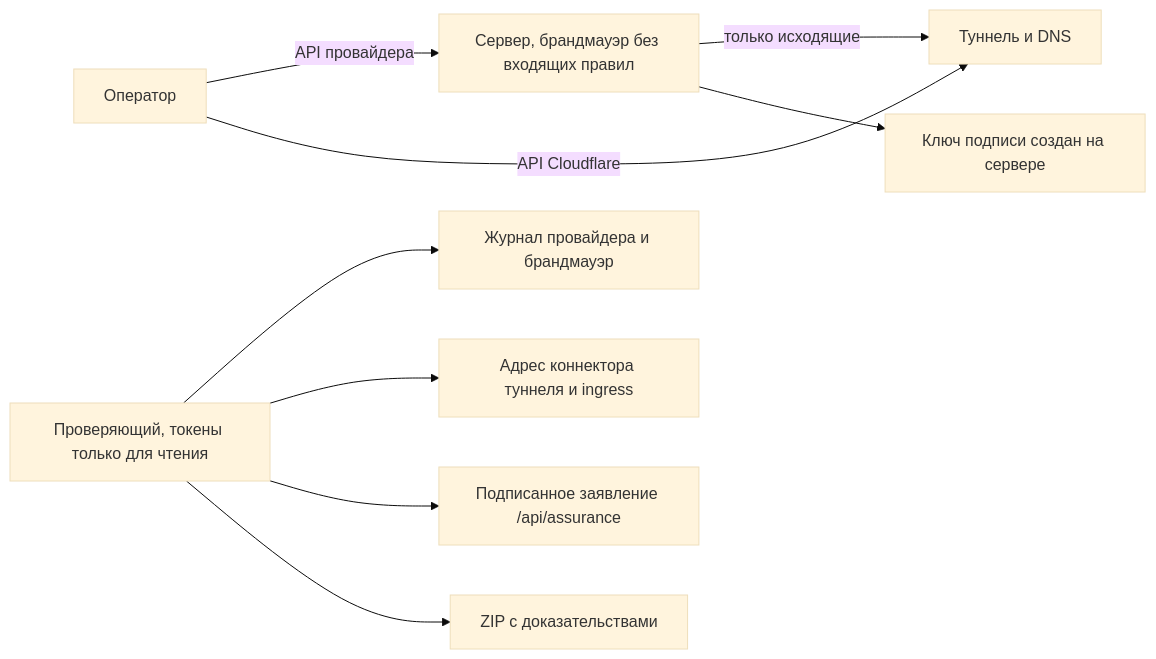
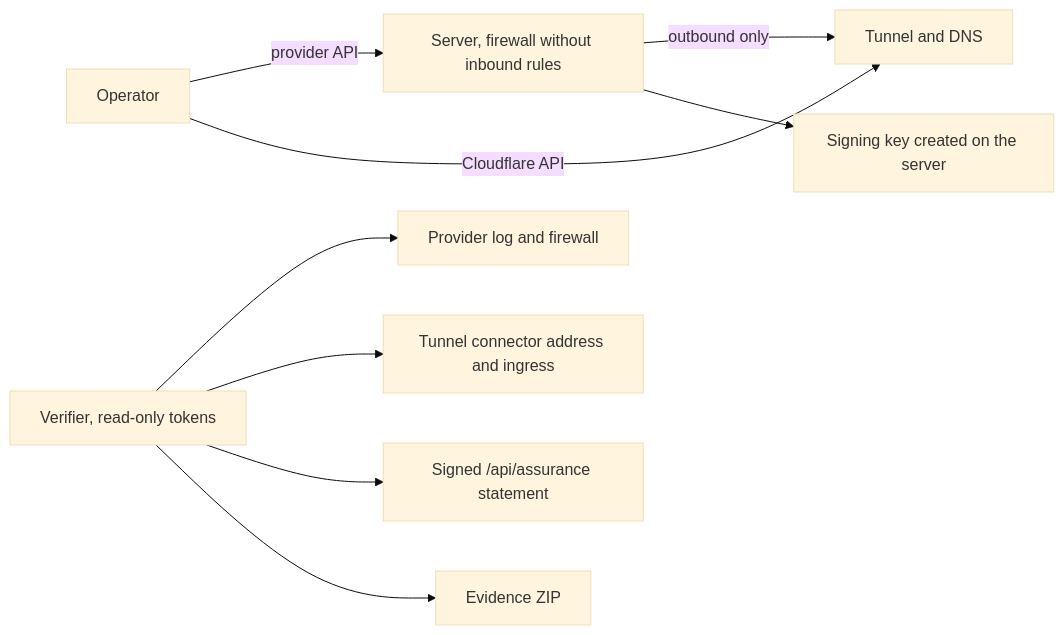
One commit to phishdestroy/TgWitness changed the diagram in docs/ru/HIGH-ASSURANCE.md. Above: the diagram before and after it, drawn with Mermaid (base theme). The commit also changed other lines of this file and 48 other files, not shown here.

````diff
--- a/docs/ru/HIGH-ASSURANCE.md
+++ b/docs/ru/HIGH-ASSURANCE.md
@@ -20,11 +14,11 @@
 ```mermaid
 flowchart LR
-    O[Оператор] -- API провайдера --> P[Сервер, брандмауэр без входящих правил]
-    O -- API Cloudflare --> T[Туннель и DNS]
-    P -- только исходящие --> T
-    P --> K[Ключ подписи создан на сервере]
-    V[Проверяющий, токены только для чтения] --> PL[Журнал провайдера и брандмауэр]
-    V --> CF[Адрес коннектора туннеля и ingress]
-    V --> S[Подписанное заявление /api/assurance]
-    V --> J[ZIP с доказательствами]
+    O[Operator] -- provider API --> P[Server, firewall without inbound rules]
+    O -- Cloudflare API --> T[Tunnel and DNS]
+    P -- outbound only --> T
+    P --> K[Signing key created on the server]
+    V[Verifier, read-only tokens] --> PL[Provider log and firewall]
+    V --> CF[Tunnel connector address and ingress]
+    V --> S[Signed /api/assurance statement]
+    V --> J[Evidence ZIP]
 ```
````
